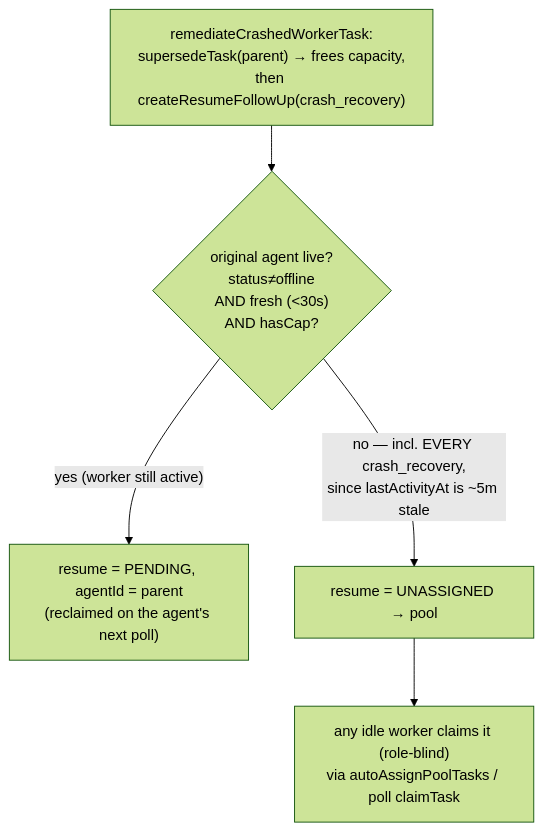
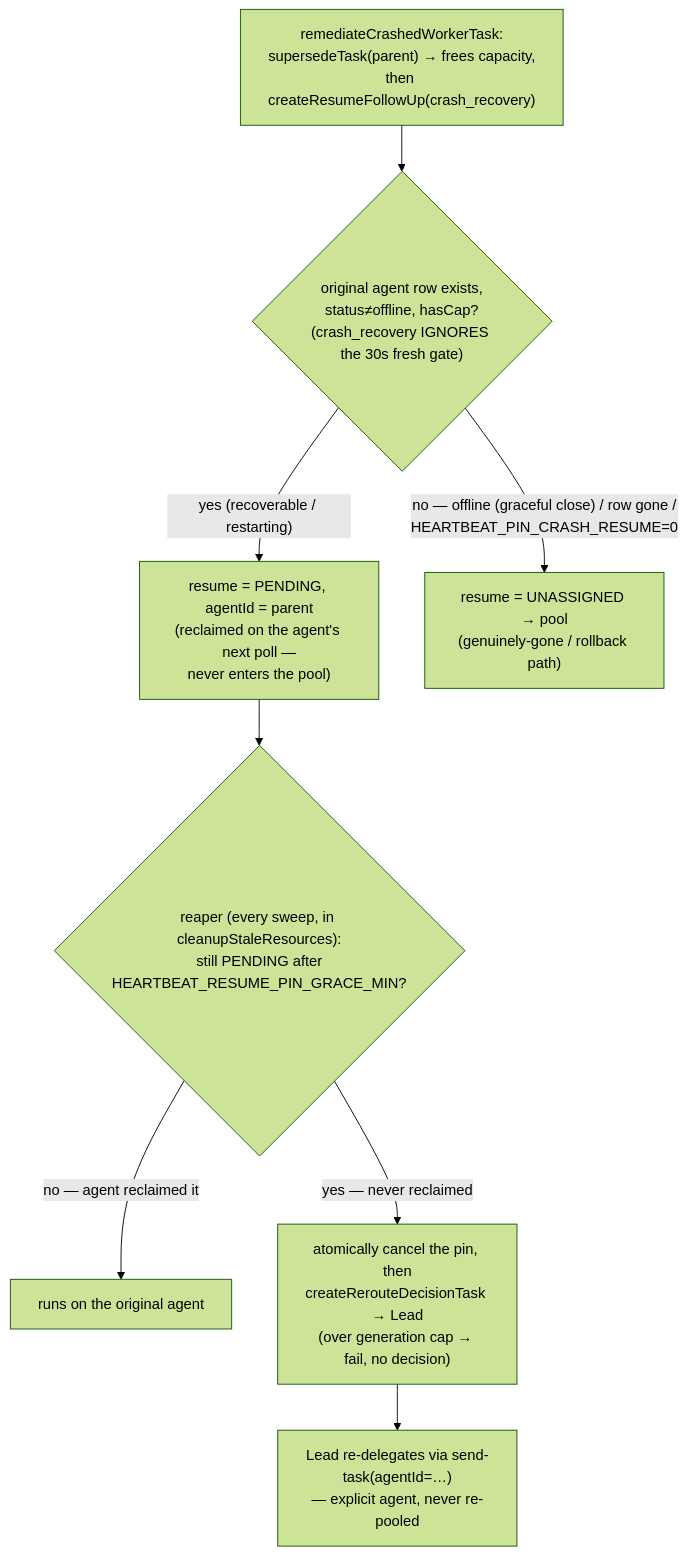
The third of 3 diagrams in runbooks/heartbeat-crash-recovery.md (desplega-ai/agent-swarm), drawn with Mermaid (forest theme) before and after one commit. The commit also changed other lines of this file and 2 other files, not shown here.

First line of the commit message:
[phase 4] document same-agent crash-recovery pin + Lead fallback

````diff
--- a/runbooks/heartbeat-crash-recovery.md
+++ b/runbooks/heartbeat-crash-recovery.md
@@ -43,8 +43,11 @@
 ```mermaid
 flowchart TD
   entry["remediateCrashedWorkerTask:<br/>supersedeTask(parent) → frees capacity,<br/>then createResumeFollowUp(crash_recovery)"]
-  entry --> gate{"original agent live?<br/>status≠offline<br/>AND fresh (&lt;30s)<br/>AND hasCap?"}
-  gate -->|"yes (worker still active)"| pin["resume = PENDING, agentId = parent<br/>(reclaimed on the agent's next poll)"]
-  gate -->|"no — incl. EVERY crash_recovery,<br/>since lastActivityAt is ~5m stale"| pool["resume = UNASSIGNED → pool"]
-  pool --> grab["any idle worker claims it (role-blind)<br/>via autoAssignPoolTasks / poll claimTask"]
+  entry --> gate{"original agent row exists,<br/>status≠offline, hasCap?<br/>(crash_recovery IGNORES the 30s fresh gate)"}
+  gate -->|"yes (recoverable / restarting)"| pin["resume = PENDING, agentId = parent<br/>(reclaimed on the agent's next poll —<br/>never enters the pool)"]
+  gate -->|"no — offline (graceful close) / row gone /<br/>HEARTBEAT_PIN_CRASH_RESUME=0"| pool["resume = UNASSIGNED → pool<br/>(genuinely-gone / rollback path)"]
+  pin --> reap{"reaper (every sweep, in cleanupStaleResources):<br/>still PENDING after<br/>HEARTBEAT_RESUME_PIN_GRACE_MIN?"}
+  reap -->|"no — agent reclaimed it"| ok["runs on the original agent"]
+  reap -->|"yes — never reclaimed"| esc["atomically cancel the pin, then<br/>createRerouteDecisionTask → Lead<br/>(over generation cap → fail, no decision)"]
+  esc --> lead["Lead re-delegates via send-task(agentId=…)<br/>— explicit agent, never re-pooled"]
 ```
````
